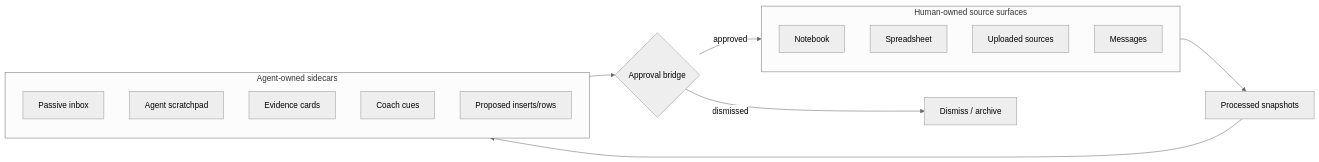
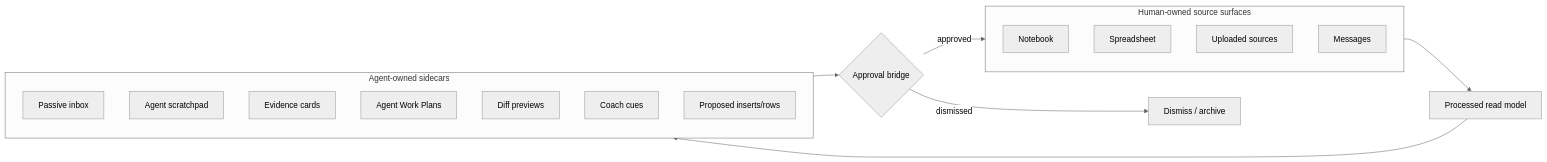
One commit to HomenShum/NodeRoom changed the first of 2 diagrams in plans/human-agent-approval-boundary/plan.mdx. Above: the diagram before and after it, drawn with Mermaid (neutral theme). The commit also changed other lines of this file and 130 other files, not shown here.

````diff
--- a/plans/human-agent-approval-boundary/plan.mdx
+++ b/plans/human-agent-approval-boundary/plan.mdx
@@ -9,23 +9,25 @@
 ```mermaid
 flowchart LR
   subgraph Human[Human-owned source surfaces]
     Notebook[Notebook]
     Sheet[Spreadsheet]
     Sources[Uploaded sources]
     Messages[Messages]
   end
 
   subgraph Agent[Agent-owned sidecars]
     Inbox[Passive inbox]
     Scratch[Agent scratchpad]
     Evidence[Evidence cards]
+    Plans[Agent Work Plans]
+    Diffs[Diff previews]
     Coach[Coach cues]
     Proposals[Proposed inserts/rows]
   end
 
-  Human --> Snapshot[Processed snapshots]
-  Snapshot --> Agent
+  Human --> Model[Processed read model]
+  Model --> Agent
   Agent --> Bridge{Approval bridge}
   Bridge -->|approved| Human
   Bridge -->|dismissed| Archive[Dismiss / archive]
 ```
````
